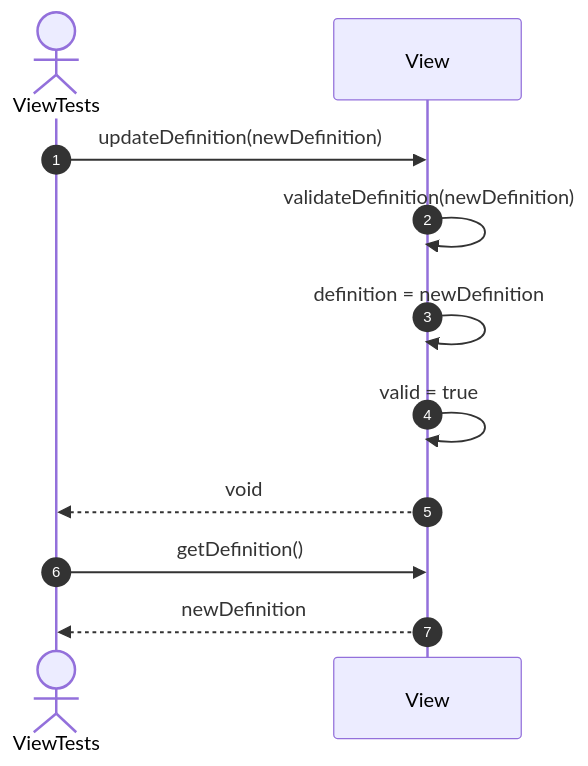
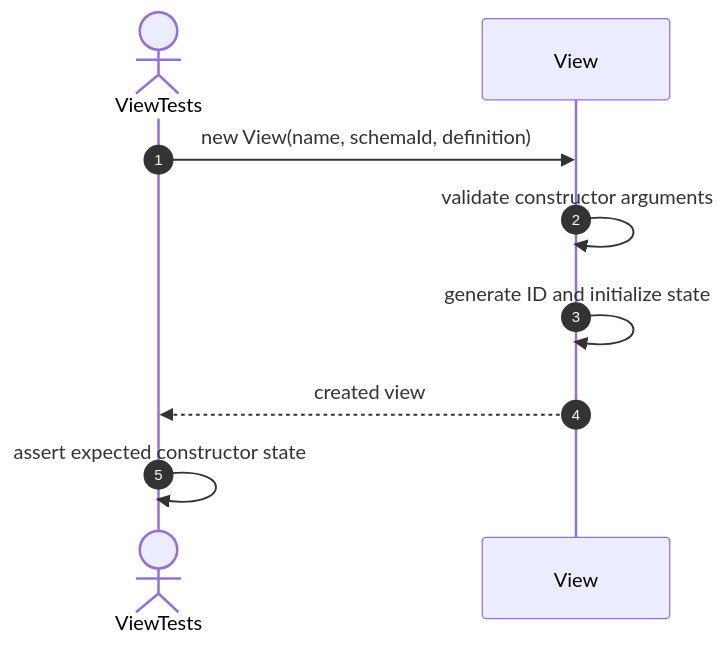
Before and after one commit to FhuAnn/-bbv-AN-s-DBMS: the sixth of 48 diagrams in src/tests/unit/metadata/docs/view-testing.se.md, drawn with Mermaid. The commit also changed other lines of this file and 7 other files, not shown here.

Commit message:
update detail testing process up to now in readme, update constraint testing sequences

````diff
--- a/src/tests/unit/metadata/docs/view-testing.se.md
+++ b/src/tests/unit/metadata/docs/view-testing.se.md
@@ -95,15 +77,11 @@
 ```mermaid
 sequenceDiagram
     autonumber
     actor Test as ViewTests
     participant View as View
-
-    Test->>View: updateDefinition(newDefinition)
-    View->>View: validateDefinition(newDefinition)
-    View->>View: definition = newDefinition
-    View->>View: valid = true
-    View-->>Test: void
-
-    Test->>View: getDefinition()
-    View-->>Test: newDefinition
+    Test->>View: new View(name, schemaId, definition)
+    View->>View: validate constructor arguments
+    View->>View: generate ID and initialize state
+    View-->>Test: created view
+    Test->>Test: assert expected constructor state
 ```
````
